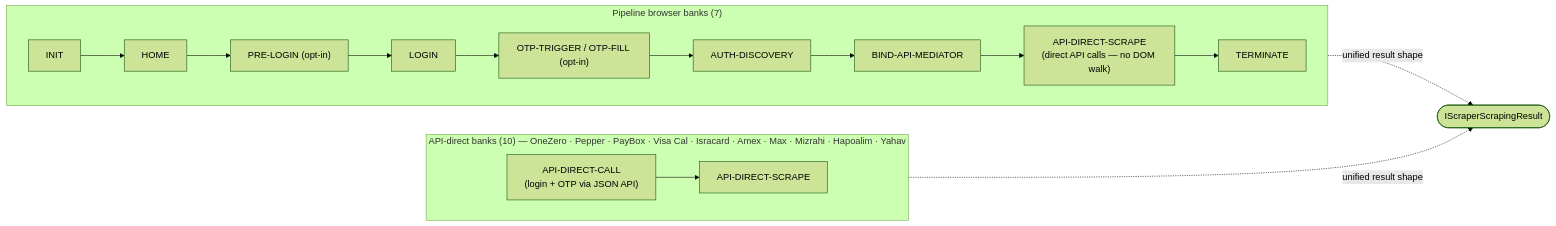
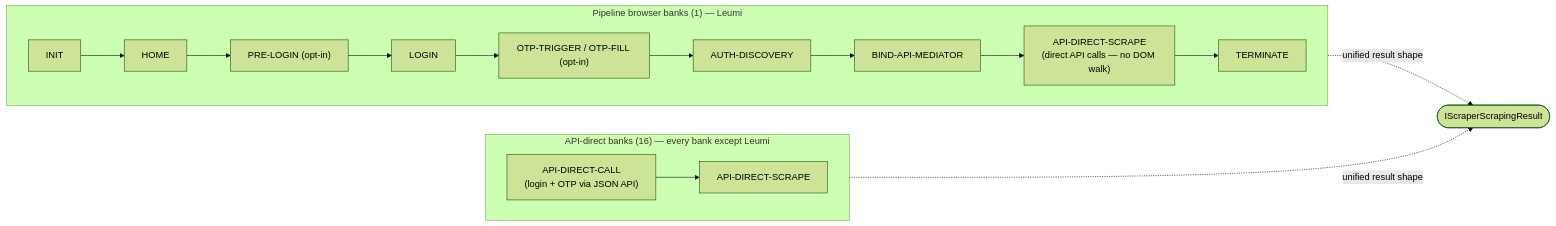
The diagram in README.md (sergienko4/israeli-bank-scrapers), drawn with Mermaid (forest theme) before and after one commit. The commit also changed 2 other files, not shown here.

Commit message:
docs: fix bank transport counts and async map
Review of the legacy-scraper removal found two inaccuracies in the
docs this change already touches.

- The registry has one browser-login bank (Leumi) and 16 API-direct
  banks, but docs/index.md and README.md still said 7 browser and
  10 API-direct. Correct the diagrams and the summary row.
- The parallel-scraping example mapped createScraper synchronously,
  so a thrown ScraperError for a removed company id aborted the
  whole map before Promise.allSettled ran. Make the callback async
  so a construction failure becomes one rejected entry.

Copilot-Session: 09edc15f-ca24-42a8-ad07-b688c22d76aa

````diff
--- a/README.md
+++ b/README.md
@@ -389,21 +389,21 @@
 ```mermaid
 flowchart LR
-    subgraph BB["Pipeline browser banks (7)"]
+    subgraph BB["Pipeline browser banks (1) — Leumi"]
       direction LR
       INIT --> HOME --> PRELOGIN["PRE-LOGIN (opt-in)"]
       PRELOGIN --> LOGIN
       LOGIN --> OTP["OTP-TRIGGER / OTP-FILL (opt-in)"]
       OTP --> AUTH["AUTH-DISCOVERY"]
       AUTH --> BIND["BIND-API-MEDIATOR"]
       BIND --> SCRAPE["API-DIRECT-SCRAPE<br/>(direct API calls — no DOM walk)"]
       SCRAPE --> TERM["TERMINATE"]
     end
 
-    subgraph API["API-direct banks (10) — OneZero · Pepper · PayBox · Visa Cal · Isracard · Amex · Max · Mizrahi · Hapoalim · Yahav"]
+    subgraph API["API-direct banks (16) — every bank except Leumi"]
       direction LR
       CALL["API-DIRECT-CALL<br/>(login + OTP via JSON API)"] --> SCR["API-DIRECT-SCRAPE"]
     end
 
     BB -.->|"unified result shape"| RESULT(["IScraperScrapingResult"])
     API -.->|"unified result shape"| RESULT
 ```
````
